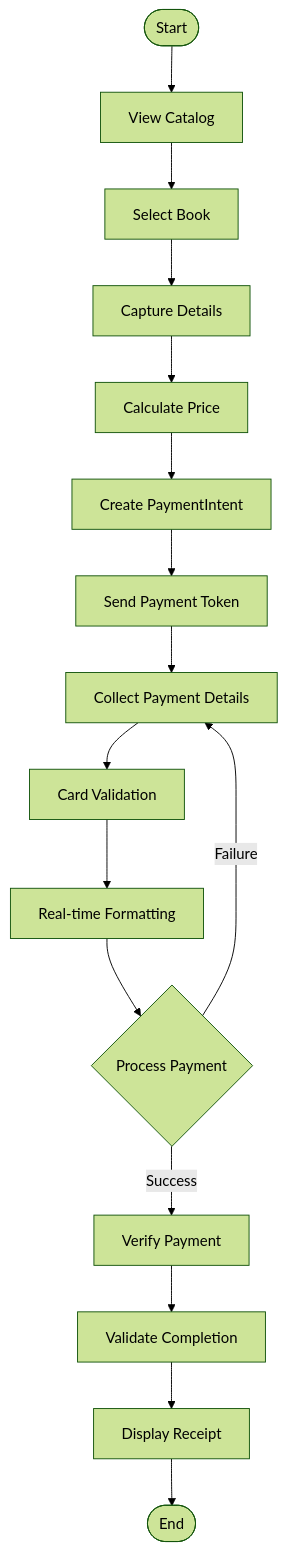
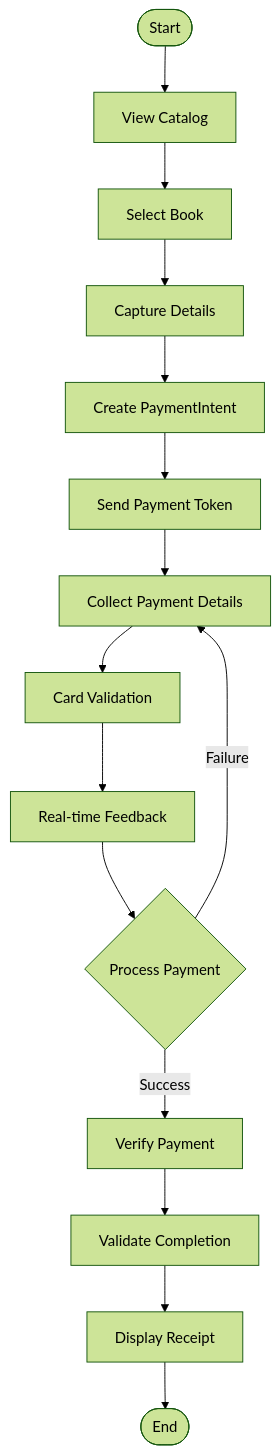
Before and after one commit to therealkevops/sa-thp-solution: the diagram in README.md, drawn with Mermaid (forest theme).

Commit message:
minor edits

````diff
--- a/README.md
+++ b/README.md
@@ -65,18 +65,17 @@
 ```mermaid
 flowchart TB
     A([Start]) --> B1[View Catalog]
     B1 --> B2[Select Book]
     B2 --> B3[Capture Details]
-    B3 --> B4[Calculate Price]
-    B4 --> C[Create PaymentIntent]
+    B3 --> C[Create PaymentIntent]
     C --> D[Send Payment Token]
     D --> E[Collect Payment Details]
     E --> E1[Card Validation]
-    E1 --> E2[Real-time Formatting]
+    E1 --> E2[Real-time Feedback]
     E2 --> F{Process Payment}
     F -->|Success| G[Verify Payment]
     F -->|Failure| E
     G --> G1[Validate Completion]
     G1 --> G2[Display Receipt]
     G2 --> H([End])
 ```
````
